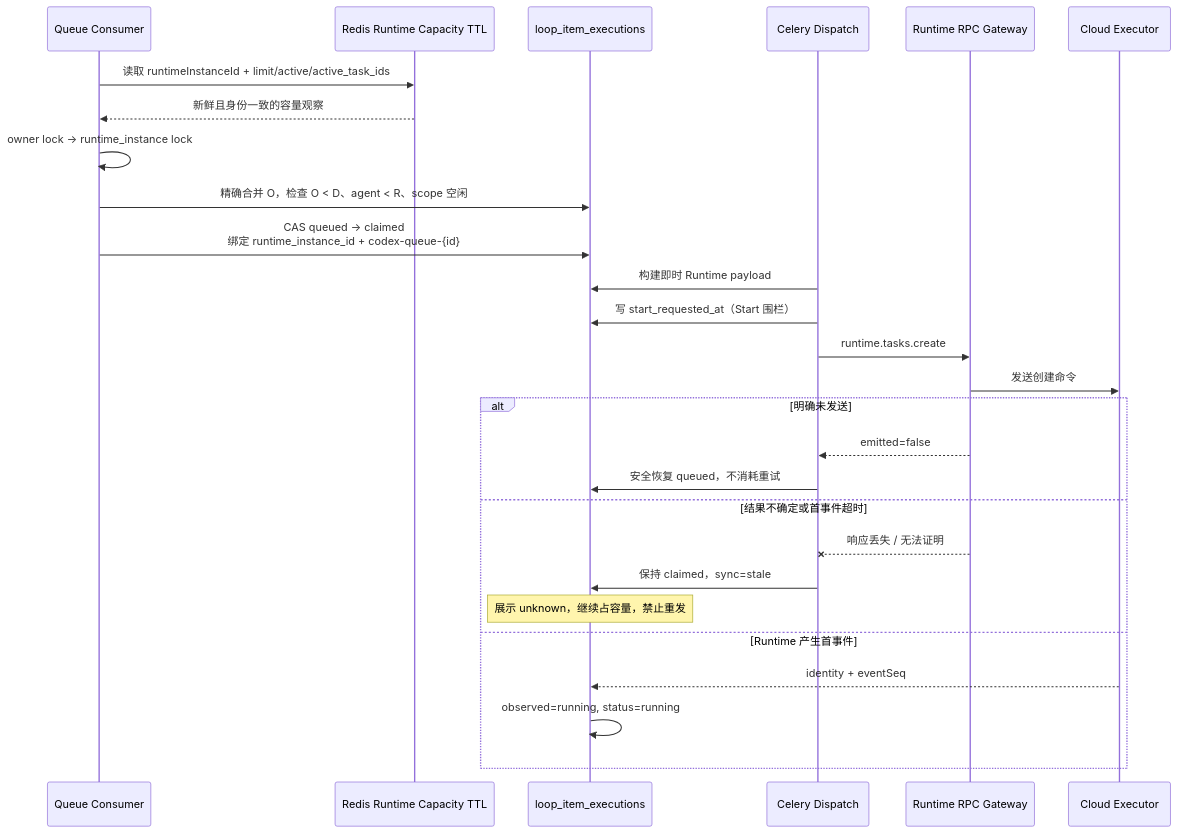
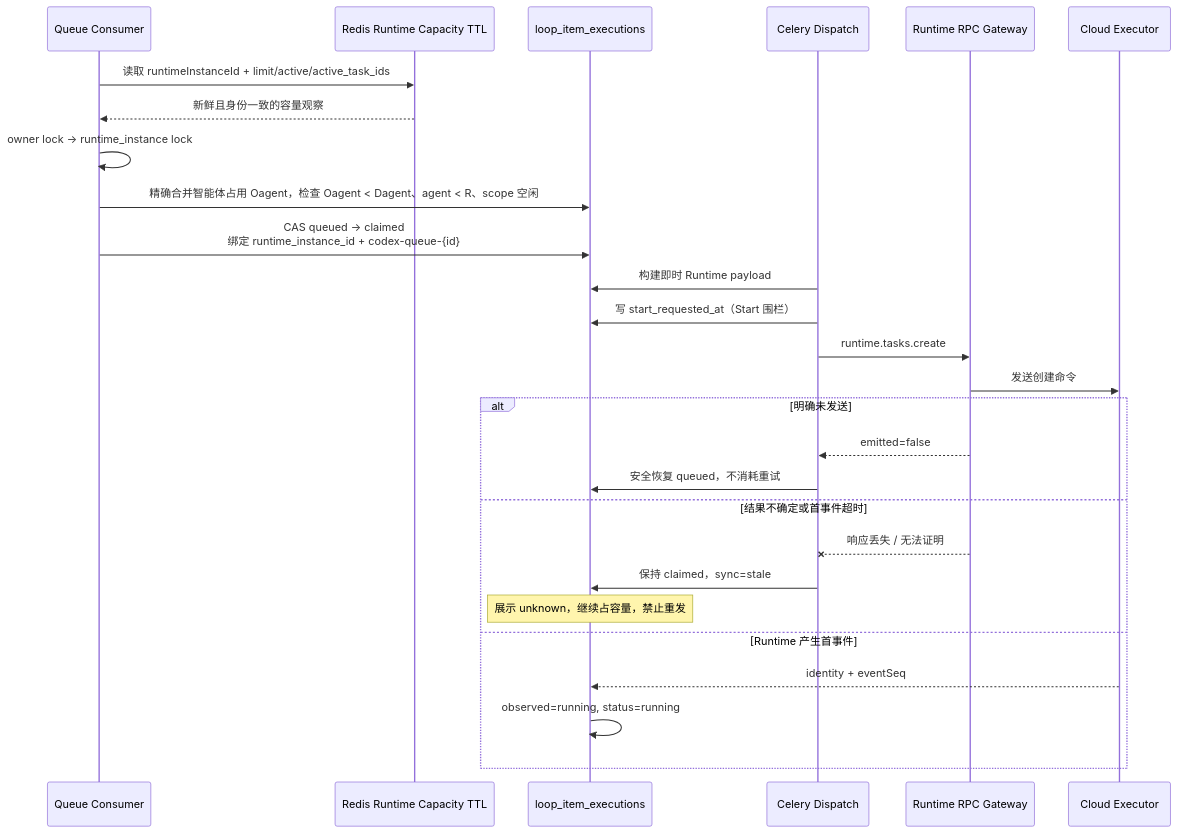
Before and after one commit to wecode-ai/Wegent: the fourth of 11 diagrams in docs/zh/wework/developer-guide/wework-project-execution-state-truth-refactoring.md, drawn with Mermaid. The commit also changed other lines of this file and 12 other files, not shown here.

````diff
--- a/docs/zh/wework/developer-guide/wework-project-execution-state-truth-refactoring.md
+++ b/docs/zh/wework/developer-guide/wework-project-execution-state-truth-refactoring.md
@@ -195,29 +195,29 @@
 ```mermaid
 sequenceDiagram
   participant C as Queue Consumer
   participant H as Redis Runtime Capacity TTL
   participant DB as loop_item_executions
   participant W as Celery Dispatch
   participant G as Runtime RPC Gateway
   participant R as Cloud Executor
   C->>H: 读取 runtimeInstanceId + limit/active/active_task_ids
   H-->>C: 新鲜且身份一致的容量观察
   C->>C: owner lock → runtime_instance lock
-  C->>DB: 精确合并 O，检查 O < D、agent < R、scope 空闲
+  C->>DB: 精确合并智能体占用 Oagent，检查 Oagent < Dagent、agent < R、scope 空闲
   C->>DB: CAS queued → claimed<br/>绑定 runtime_instance_id + codex-queue-{id}
   W->>DB: 构建即时 Runtime payload
   W->>DB: 写 start_requested_at（Start 围栏）
   W->>G: runtime.tasks.create
   G->>R: 发送创建命令
   alt 明确未发送
     G-->>W: emitted=false
     W->>DB: 安全恢复 queued，不消耗重试
   else 结果不确定或首事件超时
     G--xW: 响应丢失 / 无法证明
     W->>DB: 保持 claimed，sync=stale
     Note over DB: 展示 unknown，继续占容量，禁止重发
   else Runtime 产生首事件
     R-->>DB: identity + eventSeq
     DB->>DB: observed=running, status=running
   end
 ```
````
